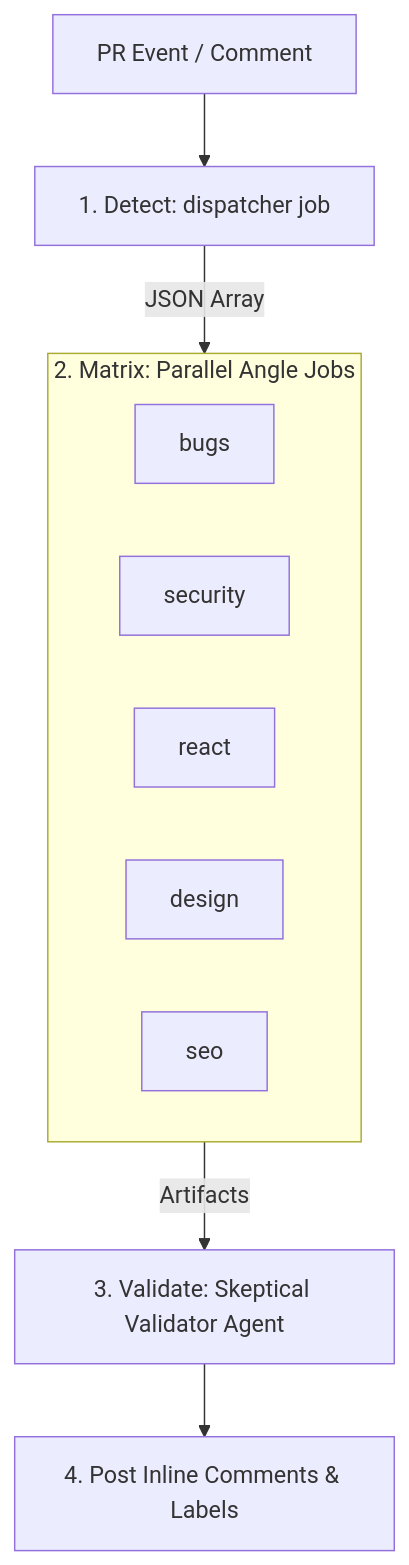
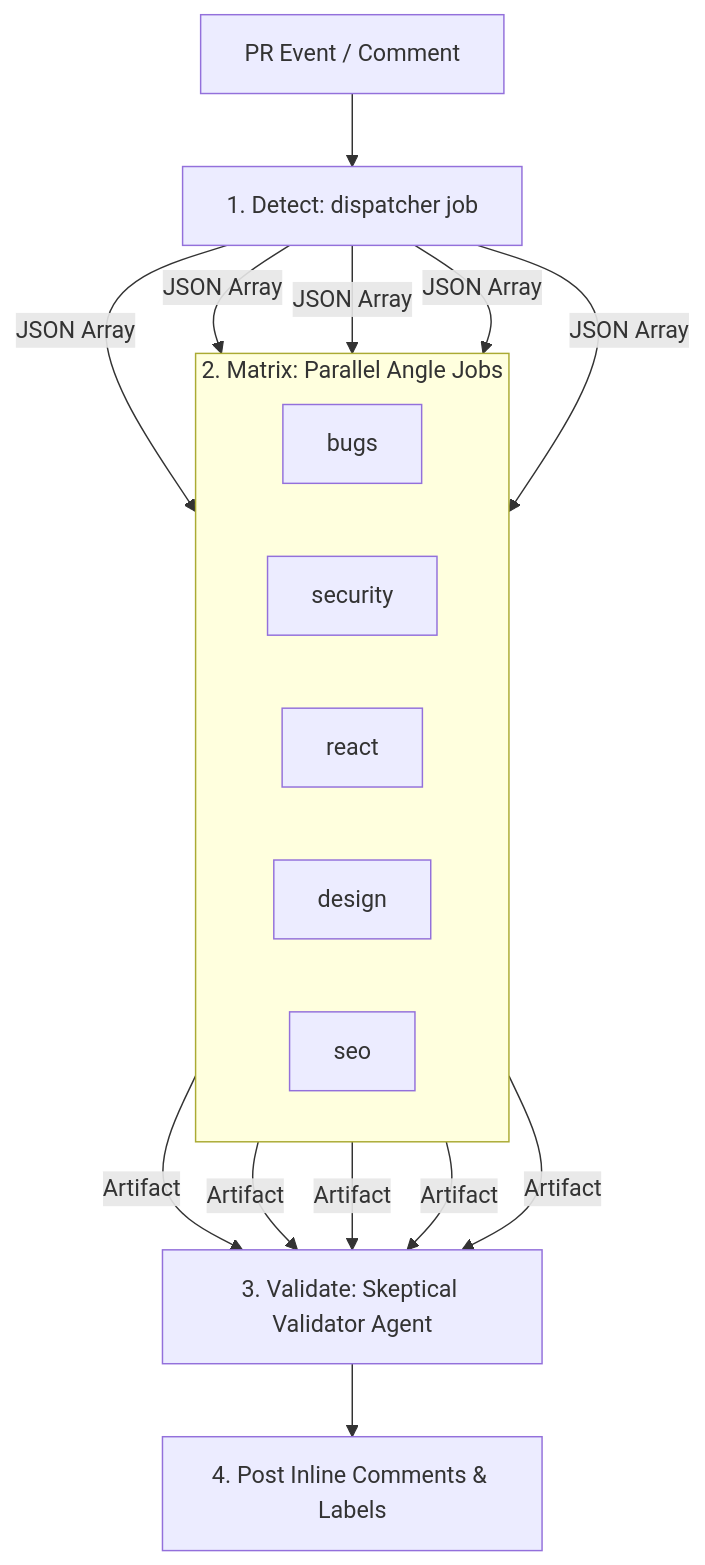
Before and after one commit to howarewoo/woo-review: the diagram in README.md, drawn with Mermaid.

Commit message:
docs: explicit fan-out/fan-in horizontal layout for mermaid diagram

````diff
--- a/README.md
+++ b/README.md
@@ -13,17 +13,27 @@
 ```mermaid
 graph TD
     Trigger[PR Event / Comment] --> Detect[1. Detect: dispatcher job]
     
+    Detect -- "JSON Array" --> Angle_Bugs
+    Detect -- "JSON Array" --> Angle_Security
+    Detect -- "JSON Array" --> Angle_React
+    Detect -- "JSON Array" --> Angle_Design
+    Detect -- "JSON Array" --> Angle_SEO
+
     subgraph Parallel_Audits [2. Matrix: Parallel Angle Jobs]
         direction LR
         Angle_Bugs[bugs]
         Angle_Security[security]
         Angle_React[react]
         Angle_Design[design]
         Angle_SEO[seo]
     end
     
-    Detect -- "JSON Array" --> Parallel_Audits
-    Parallel_Audits -- "Artifacts" --> Validate[3. Validate: Skeptical Validator Agent]
-    Validate --> Post[4. Post Inline Comments & Labels]
+    Angle_Bugs -- "Artifact" --> Validate
+    Angle_Security -- "Artifact" --> Validate
+    Angle_React -- "Artifact" --> Validate
+    Angle_Design -- "Artifact" --> Validate
+    Angle_SEO -- "Artifact" --> Validate
+
+    Validate[3. Validate: Skeptical Validator Agent] --> Post[4. Post Inline Comments & Labels]
 ```
````
